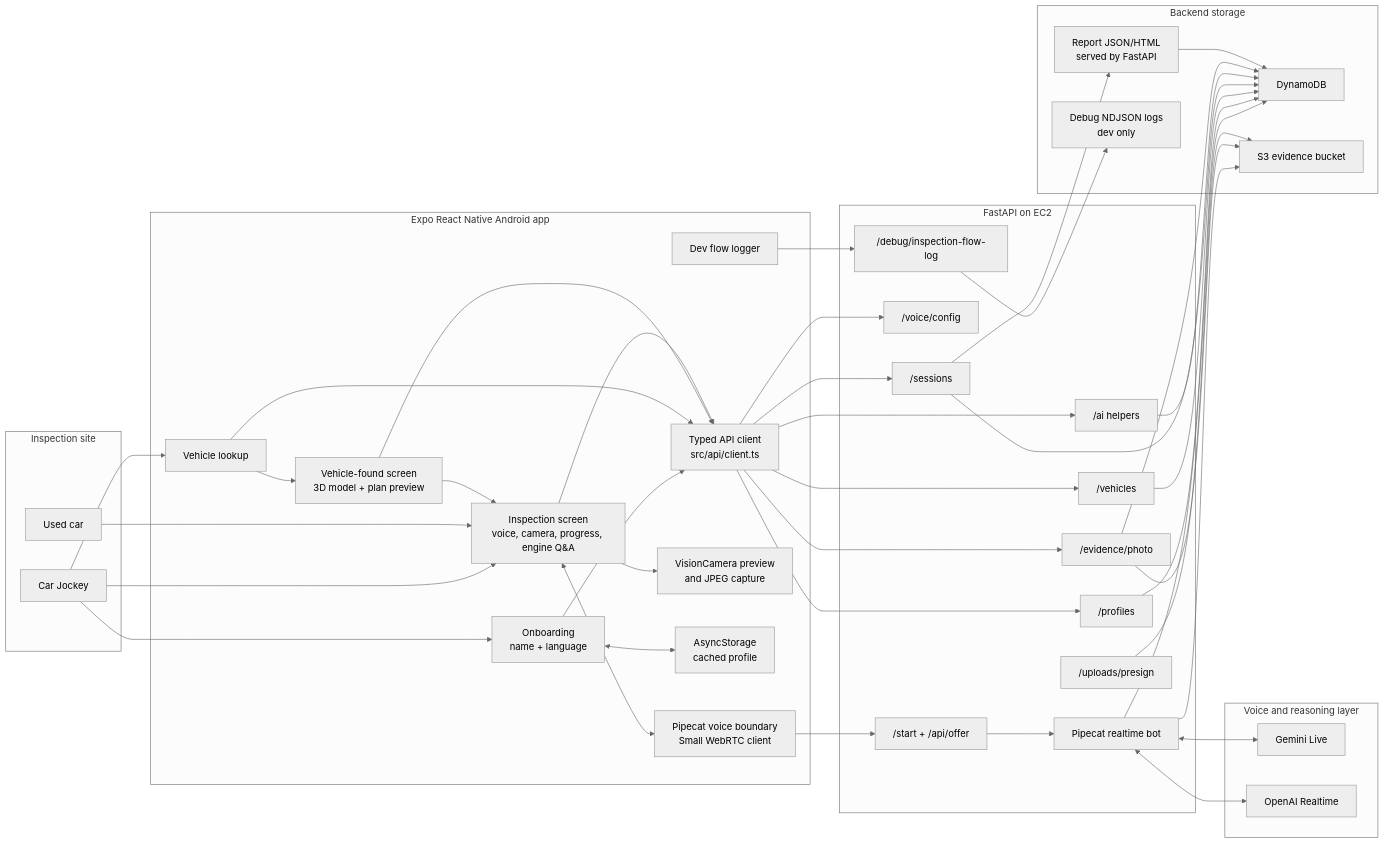
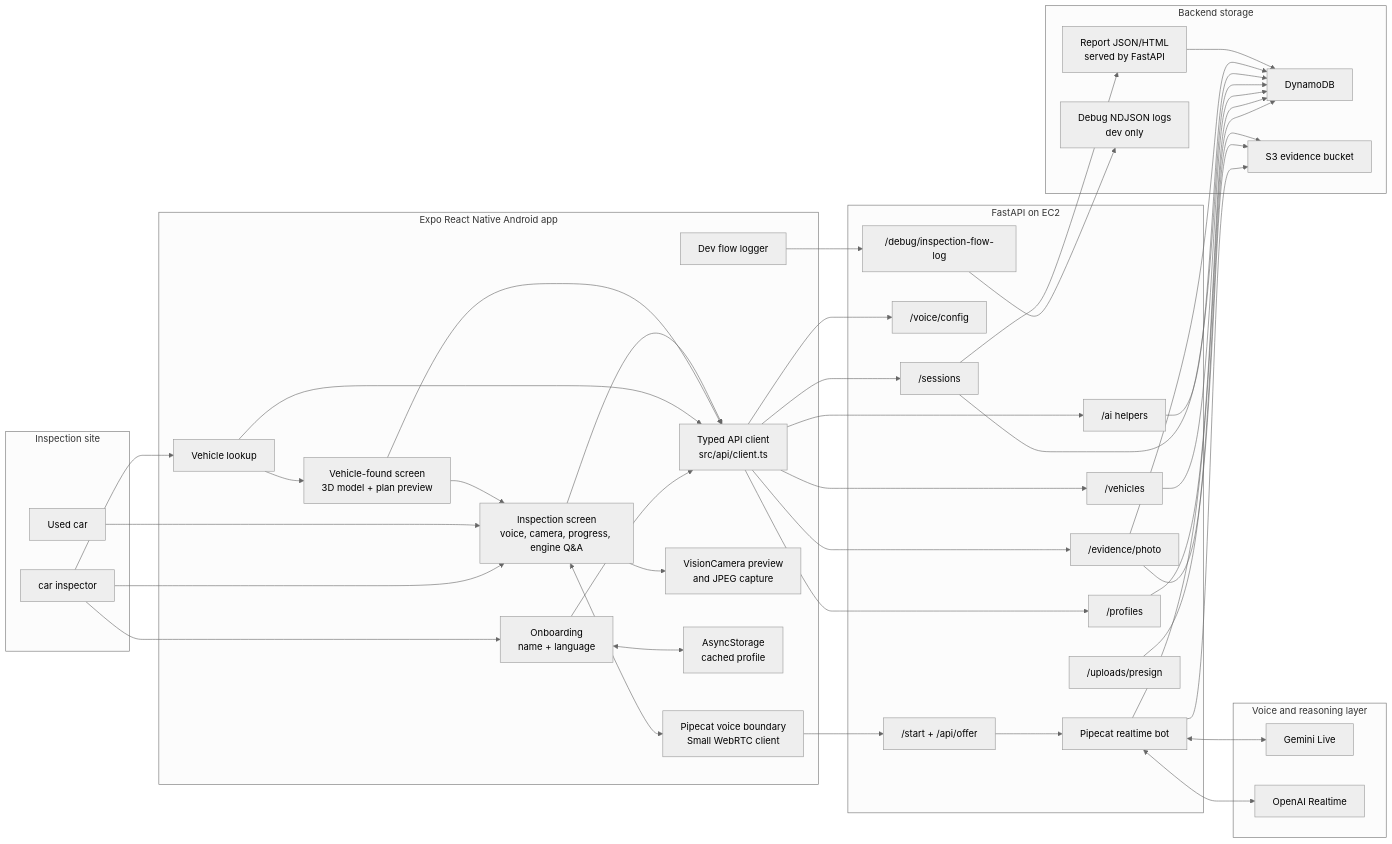
The second of 11 diagrams in ARCHITECTURE.md (adityabhattad2021/Inspection-Copilot), drawn with Mermaid (neutral theme) before and after one commit. The commit also changed other lines of this file and 39 other files, not shown here.

````diff
--- a/ARCHITECTURE.md
+++ b/ARCHITECTURE.md
@@ -45,7 +45,7 @@
 ```mermaid
 flowchart LR
   subgraph Field["Inspection site"]
-    J["Car Jockey"]
+    J["car inspector"]
     Car["Used car"]
   end
 
````
